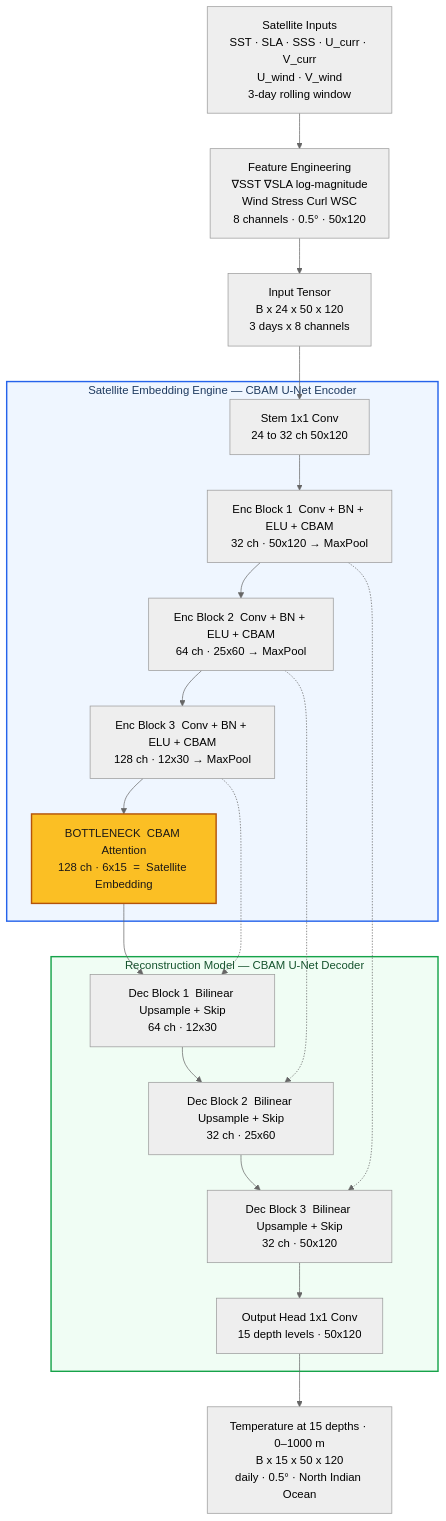
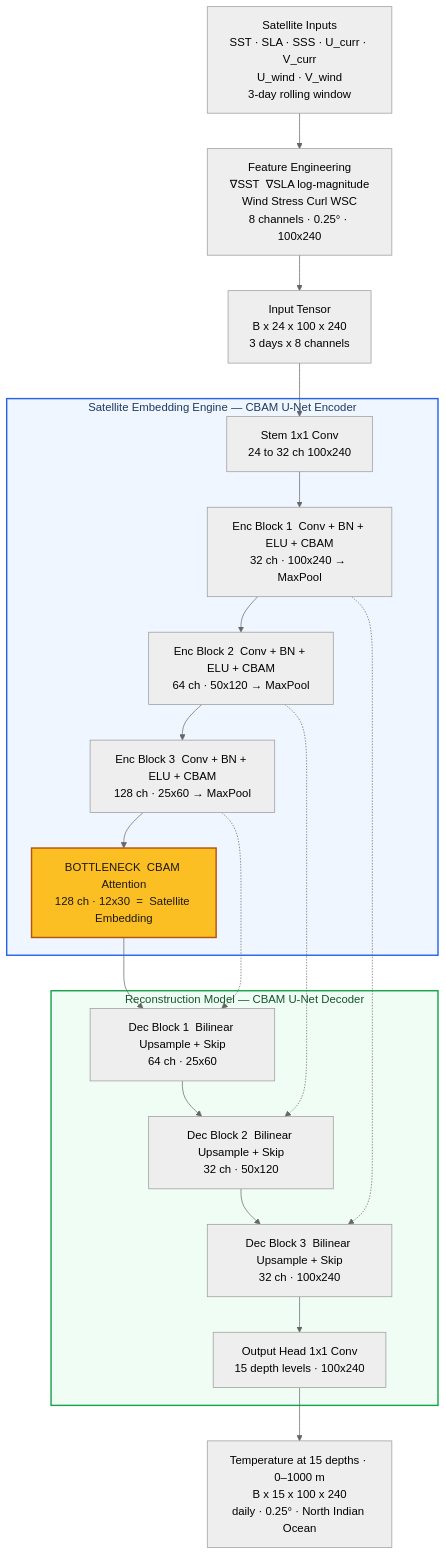
Before and after one commit to Ocean-Embed-MoES/OceanEmbed-poc: the first of 2 diagrams in README.md, drawn with Mermaid (neutral theme). The commit also changed other lines of this file and 10 other files, not shown here.

````diff
--- a/README.md
+++ b/README.md
@@ -69,36 +69,36 @@
 ```mermaid
 flowchart TD
     A["Satellite Inputs\nSST · SLA · SSS · U_curr · V_curr\nU_wind · V_wind\n3-day rolling window"] --> B
 
-    B["Feature Engineering\n∇SST  ∇SLA log-magnitude\nWind Stress Curl WSC\n8 channels · 0.5° · 50x120"] --> C
+    B["Feature Engineering\n∇SST  ∇SLA log-magnitude\nWind Stress Curl WSC\n8 channels · 0.25° · 100x240"] --> C
 
-    C["Input Tensor\nB x 24 x 50 x 120\n3 days x 8 channels"] --> D
+    C["Input Tensor\nB x 24 x 100 x 240\n3 days x 8 channels"] --> D
 
     subgraph ENCODER ["Satellite Embedding Engine — CBAM U-Net Encoder"]
-        D["Stem  1x1 Conv\n24 to 32 ch  50x120"]
-        E["Enc Block 1  Conv + BN + ELU + CBAM\n32 ch · 50x120 → MaxPool"]
-        F["Enc Block 2  Conv + BN + ELU + CBAM\n64 ch · 25x60 → MaxPool"]
-        G["Enc Block 3  Conv + BN + ELU + CBAM\n128 ch · 12x30 → MaxPool"]
-        H["BOTTLENECK  CBAM Attention\n128 ch · 6x15  =  Satellite Embedding"]
+        D["Stem  1x1 Conv\n24 to 32 ch  100x240"]
+        E["Enc Block 1  Conv + BN + ELU + CBAM\n32 ch · 100x240 → MaxPool"]
+        F["Enc Block 2  Conv + BN + ELU + CBAM\n64 ch · 50x120 → MaxPool"]
+        G["Enc Block 3  Conv + BN + ELU + CBAM\n128 ch · 25x60 → MaxPool"]
+        H["BOTTLENECK  CBAM Attention\n128 ch · 12x30  =  Satellite Embedding"]
         D --> E --> F --> G --> H
     end
 
     subgraph DECODER ["Reconstruction Model — CBAM U-Net Decoder"]
-        I["Dec Block 1  Bilinear Upsample + Skip\n64 ch · 12x30"]
-        J["Dec Block 2  Bilinear Upsample + Skip\n32 ch · 25x60"]
-        K["Dec Block 3  Bilinear Upsample + Skip\n32 ch · 50x120"]
-        L["Output Head  1x1 Conv\n15 depth levels · 50x120"]
+        I["Dec Block 1  Bilinear Upsample + Skip\n64 ch · 25x60"]
+        J["Dec Block 2  Bilinear Upsample + Skip\n32 ch · 50x120"]
+        K["Dec Block 3  Bilinear Upsample + Skip\n32 ch · 100x240"]
+        L["Output Head  1x1 Conv\n15 depth levels · 100x240"]
         I --> J --> K --> L
     end
 
     H --> I
     E -.-> K
     F -.-> J
     G -.-> I
 
-    L --> M["Temperature at 15 depths · 0–1000 m\nB x 15 x 50 x 120\ndaily · 0.5° · North Indian Ocean"]
+    L --> M["Temperature at 15 depths · 0–1000 m\nB x 15 x 100 x 240\ndaily · 0.25° · North Indian Ocean"]
 
     style ENCODER fill:#eff6ff,stroke:#2563eb,stroke-width:2px,color:#1e3a5f
     style DECODER fill:#f0fdf4,stroke:#16a34a,stroke-width:2px,color:#14532d
     style H fill:#fbbf24,stroke:#b45309,stroke-width:2px,color:#1c1917
 ```
````
